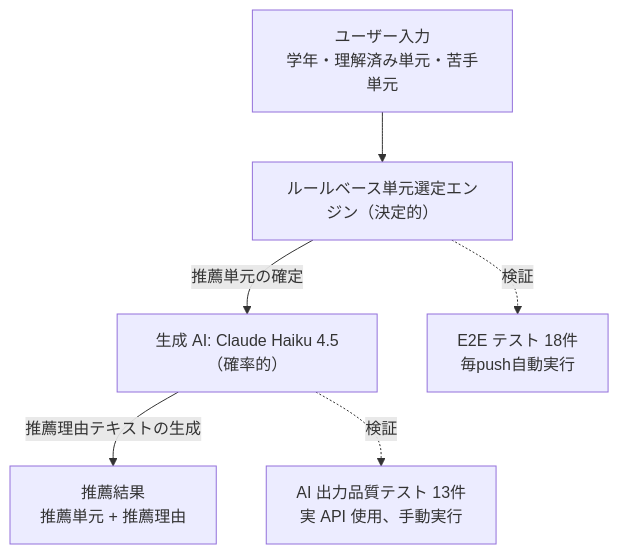
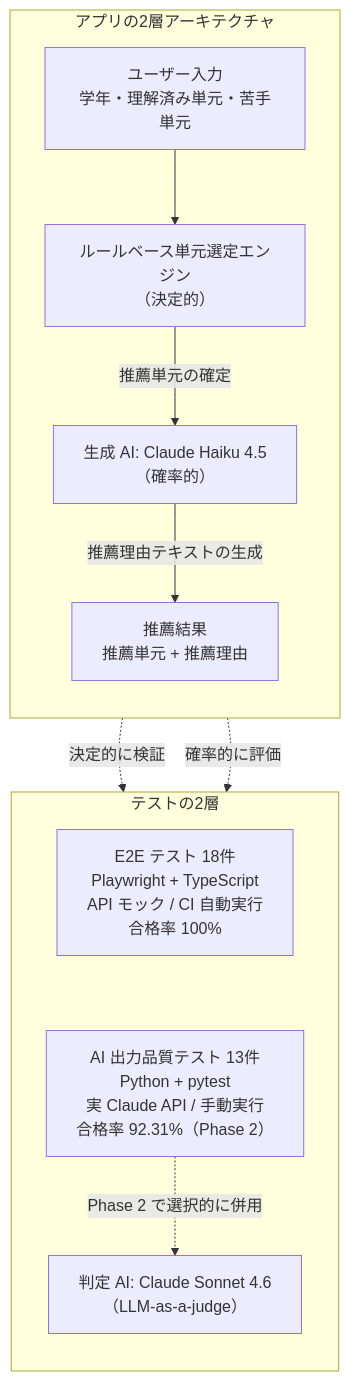
The diagram in README.md (nani9ashi/qa-portfolio-ai-recommender), drawn with Mermaid before and after one commit. The commit also changed other lines of this file and 1 other file, not shown here.

Commit message:
[QA] docs: README の 「テストの2層構造」部分を修正

````diff
--- a/README.md
+++ b/README.md
@@ -100,17 +100,26 @@
 ```mermaid
 flowchart TD
-    Input["ユーザー入力<br/>学年・理解済み単元・苦手単元"]
-    Rule["ルールベース単元選定エンジン（決定的）"]
-    AI["生成 AI: Claude Haiku 4.5（確率的）"]
-    Output["推薦結果<br/>推薦単元 + 推薦理由"]
+    subgraph App["アプリの2層アーキテクチャ"]
+        direction TB
+        Input["ユーザー入力<br/>学年・理解済み単元・苦手単元"]
+        Rule["ルールベース単元選定エンジン<br/>（決定的）"]
+        AI["生成 AI: Claude Haiku 4.5<br/>（確率的）"]
+        Output["推薦結果<br/>推薦単元 + 推薦理由"]
 
-    Input --> Rule
-    Rule -->|推薦単元の確定| AI
-    AI -->|推薦理由テキストの生成| Output
+        Input --> Rule
+        Rule -->|推薦単元の確定| AI
+        AI -->|推薦理由テキストの生成| Output
+    end
 
-    E2E["E2E テスト 18件<br/>毎push自動実行"]
-    AIQuality["AI 出力品質テスト 13件<br/>実 API 使用、手動実行"]
+    subgraph Tests["テストの2層"]
+        direction TB
+        E2E["E2E テスト 18件<br/>Playwright + TypeScript<br/>API モック / CI 自動実行<br/>合格率 100%"]
+        AIQuality["AI 出力品質テスト 13件<br/>Python + pytest<br/>実 Claude API / 手動実行<br/>合格率 92.31%（Phase 2）"]
+        Judge["判定 AI: Claude Sonnet 4.6<br/>（LLM-as-a-judge）"]
+        E2E ~~~ AIQuality
+        AIQuality -.Phase 2 で選択的に併用.-> Judge
+    end
 
-    Rule -.検証.-> E2E
-    AI -.検証.-> AIQuality
+    Rule -.決定的に検証.-> E2E
+    AI -.確率的に評価.-> AIQuality
 ```
````
